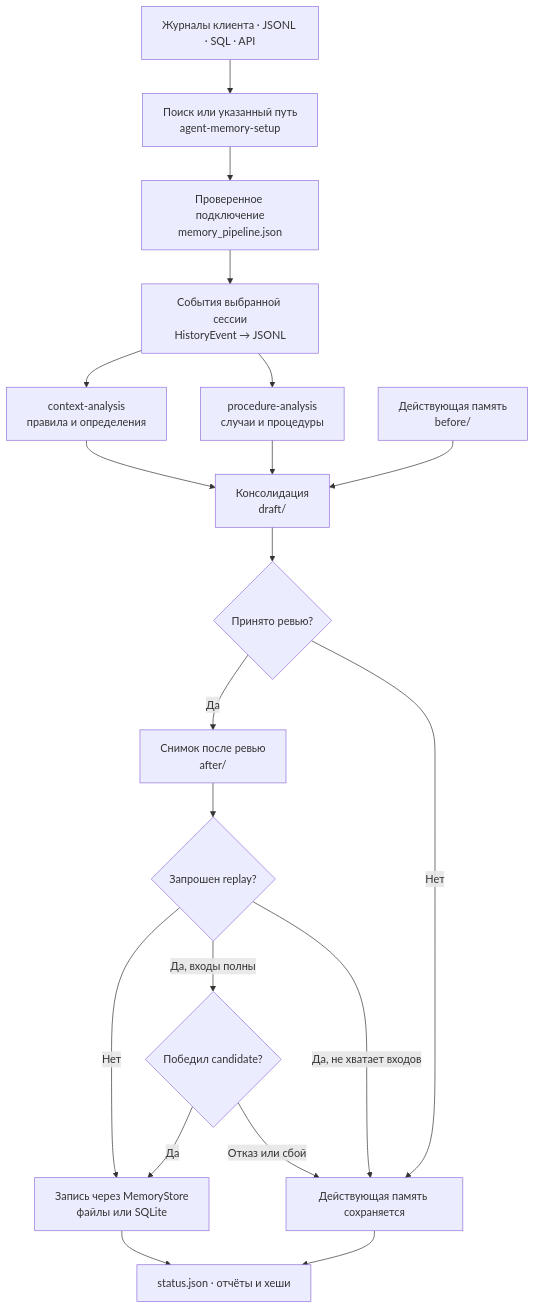
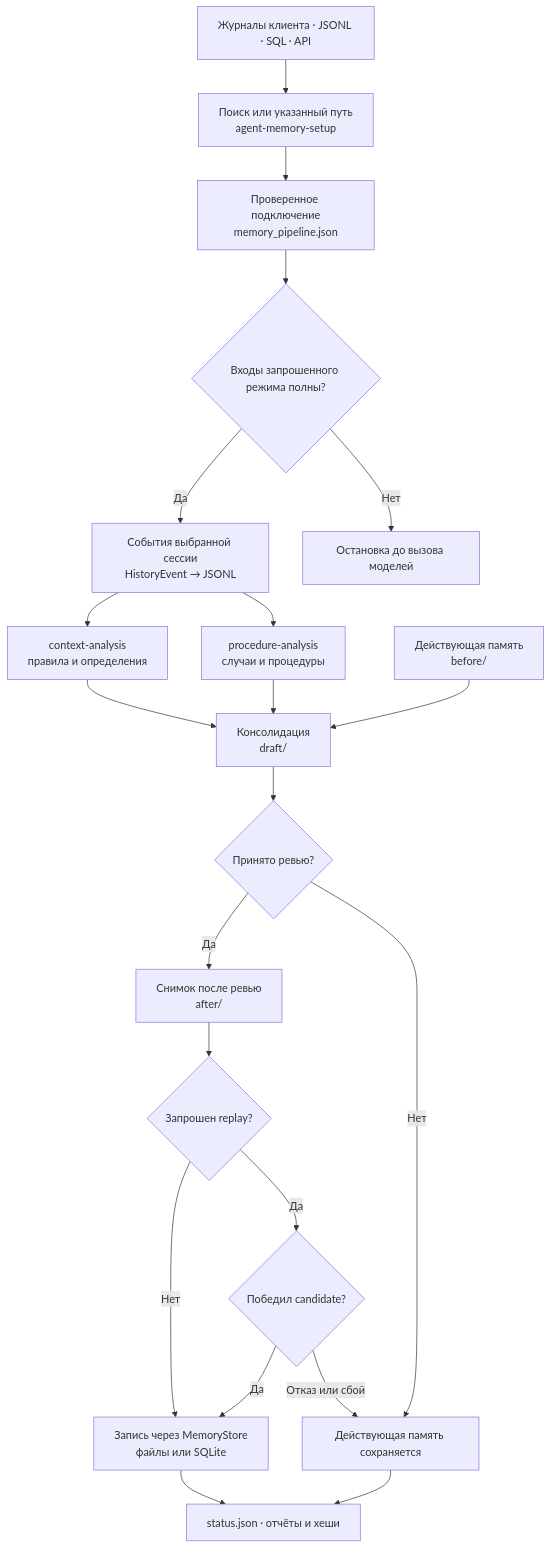
The first of 3 diagrams in docs/architecture/data-flow.md (Viacheslav-hub-blip/comand_agent_memory), drawn with Mermaid before and after one commit. The commit also changed 6 other files, not shown here.

````diff
--- a/docs/architecture/data-flow.md
+++ b/docs/architecture/data-flow.md
@@ -8,29 +8,32 @@
 ```mermaid
 flowchart TD
     Host["Журналы клиента · JSONL · SQL · API"]
     Setup["Поиск или указанный путь<br/>agent-memory-setup"]
     Settings["Проверенное подключение<br/>memory_pipeline.json"]
+    Check{"Входы запрошенного режима полны?"}
+    Stop["Остановка до вызова моделей"]
     Events["События выбранной сессии<br/>HistoryEvent → JSONL"]
     Context["context-analysis<br/>правила и определения"]
     Procedures["procedure-analysis<br/>случаи и процедуры"]
     Baseline["Действующая память<br/>before/"]
     Draft["Консолидация<br/>draft/"]
     Review{"Принято ревью?"}
     After["Снимок после ревью<br/>after/"]
     Replay{"Запрошен replay?"}
     Evaluate{"Победил candidate?"}
     Keep["Действующая память сохраняется"]
     Store["Запись через MemoryStore<br/>файлы или SQLite"]
     Status["status.json · отчёты и хеши"]
-    Host --> Setup --> Settings --> Events
+    Host --> Setup --> Settings --> Check
+    Check -->|Да| Events
+    Check -->|Нет| Stop
     Events --> Context & Procedures
     Context & Procedures & Baseline --> Draft --> Review
     Review -->|Да| After --> Replay
     Review -->|Нет| Keep
     Replay -->|Нет| Store
-    Replay -->|Да, входы полны| Evaluate
-    Replay -->|Да, не хватает входов| Keep
+    Replay -->|Да| Evaluate
     Evaluate -->|Да| Store
     Evaluate -->|Отказ или сбой| Keep
     Store & Keep --> Status
 ```
````
